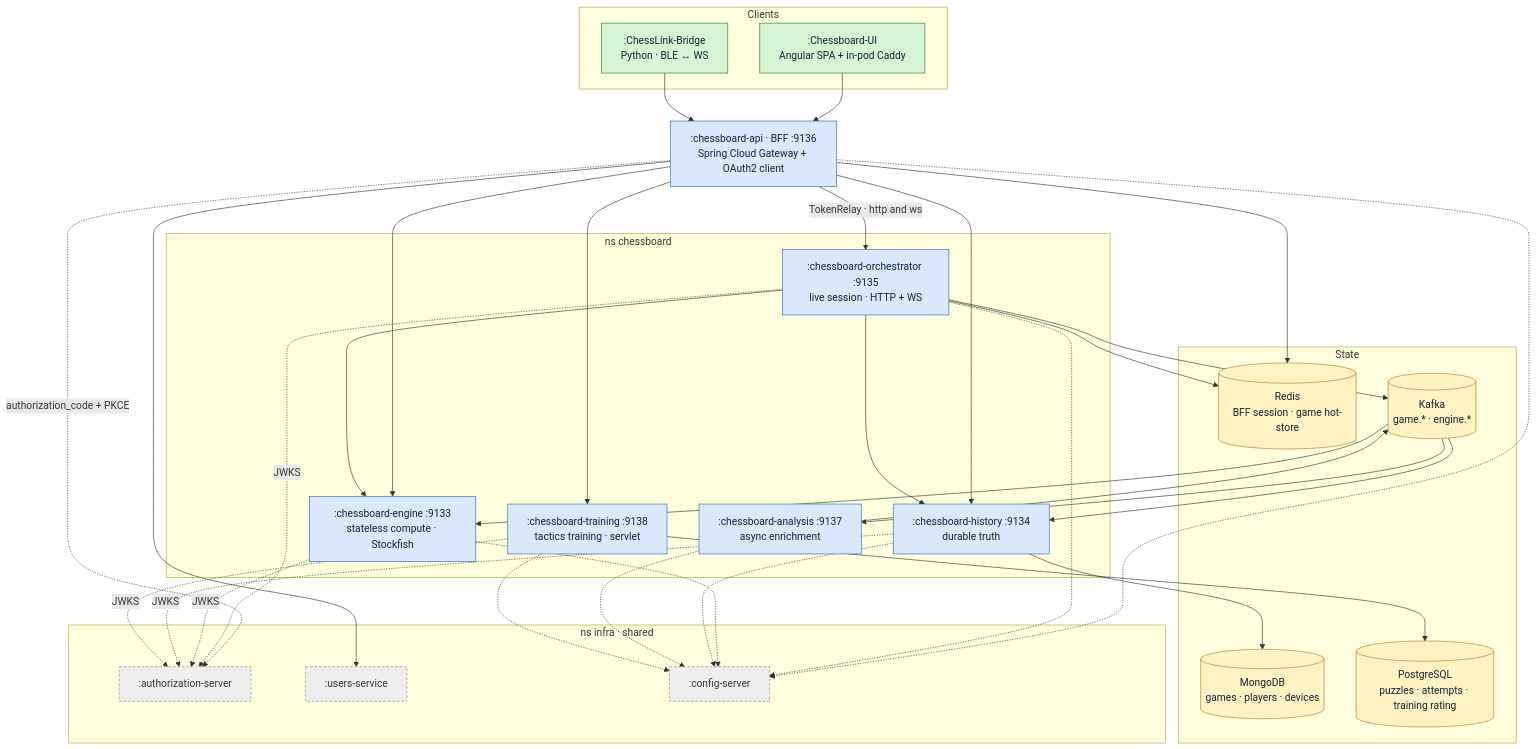
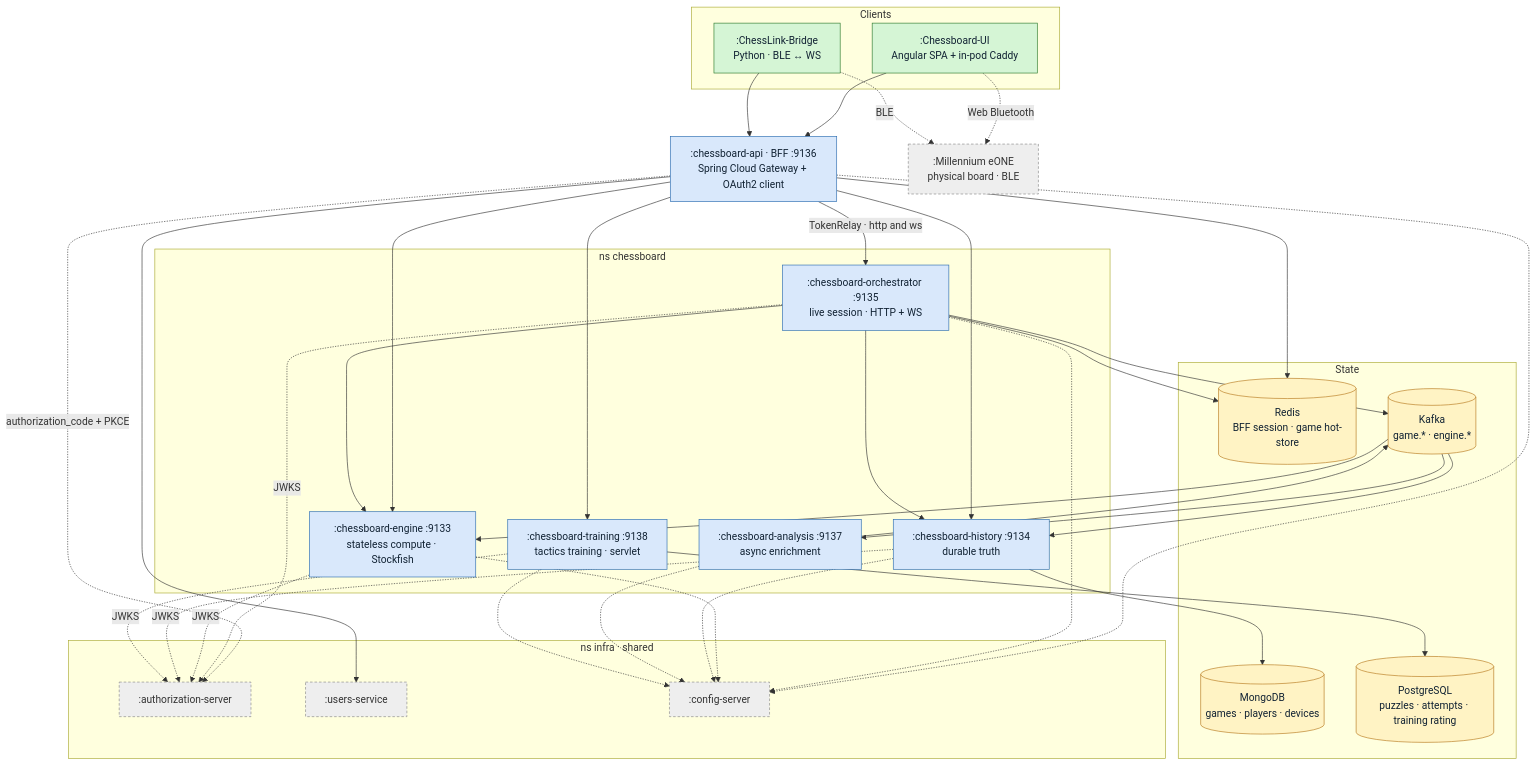
Before and after one commit to artfern95/ChessBoard: the diagram in ARCHITECTURE.md, drawn with Mermaid. The commit also changed other lines of this file, not shown here.

Commit message:
docs(umbrella): add the browser board path to the architecture
The UI now talks to the eONE over Web Bluetooth as a peripheral of the user's
session: new board node and edges in the diagram, the bridge row now covers the
TypeScript core, and the physical-board flow gains its browser path.

````diff
--- a/ARCHITECTURE.md
+++ b/ARCHITECTURE.md
@@ -11,60 +11,63 @@
 ```mermaid
 flowchart TB
   subgraph CLIENTS[" Clients "]
     UI[":Chessboard-UI<br/>Angular SPA + in-pod Caddy"]
     BRIDGE[":ChessLink-Bridge<br/>Python · BLE ↔ WS"]
   end
 
   BFF[":chessboard-api · BFF :9136<br/>Spring Cloud Gateway + OAuth2 client"]
+  BOARD[":Millennium eONE<br/>physical board · BLE"]
 
   subgraph CORE[" ns chessboard "]
     ORCH[":chessboard-orchestrator :9135<br/>live session · HTTP + WS"]
     ENG[":chessboard-engine :9133<br/>stateless compute · Stockfish"]
     HIS[":chessboard-history :9134<br/>durable truth"]
     ANA[":chessboard-analysis :9137<br/>async enrichment"]
     TRN[":chessboard-training :9138<br/>tactics training · servlet"]
   end
 
   subgraph STATE[" State "]
     REDIS[("Redis<br/>BFF session · game hot-store")]
     MONGO[("MongoDB<br/>games · players · devices")]
     KAFKA[("Kafka<br/>game.* · engine.*")]
     PG[("PostgreSQL<br/>puzzles · attempts · training rating")]
   end
 
   subgraph INFRA[" ns infra · shared "]
     AUTH[":authorization-server"]
     USERS[":users-service"]
     CFG[":config-server"]
   end
 
   UI --> BFF
   BRIDGE --> BFF
+  UI -.->|"Web Bluetooth"| BOARD
+  BRIDGE -.->|"BLE"| BOARD
   BFF -->|"TokenRelay · http and ws"| ORCH
   BFF --> HIS
   BFF --> ENG
   BFF --> USERS
   BFF --> TRN
   TRN --> PG
   ORCH --> ENG
   ORCH --> HIS
   ORCH --> REDIS
   ORCH --> KAFKA
   BFF --> REDIS
   HIS --> MONGO
   KAFKA --> ANA --> KAFKA
   KAFKA --> ENG
   KAFKA --> HIS
   BFF -.->|"authorization_code + PKCE"| AUTH
   ORCH & ENG & HIS & TRN -.->|"JWKS"| AUTH
   BFF & ORCH & ENG & HIS & ANA & TRN -.-> CFG
 
   classDef io fill:#d5f5d5,stroke:#2d7a2d,color:#123
   classDef step fill:#d9e8fb,stroke:#2b6cb0,color:#123
   classDef db fill:#fff3c4,stroke:#b7791f,color:#123
   classDef lib fill:#eee,stroke:#888,color:#333,stroke-dasharray:4 3
   class UI,BRIDGE io
   class BFF,ORCH,ENG,HIS,ANA,TRN step
   class REDIS,MONGO,KAFKA,PG db
-  class AUTH,USERS,CFG lib
+  class AUTH,USERS,CFG,BOARD lib
 ```
````
